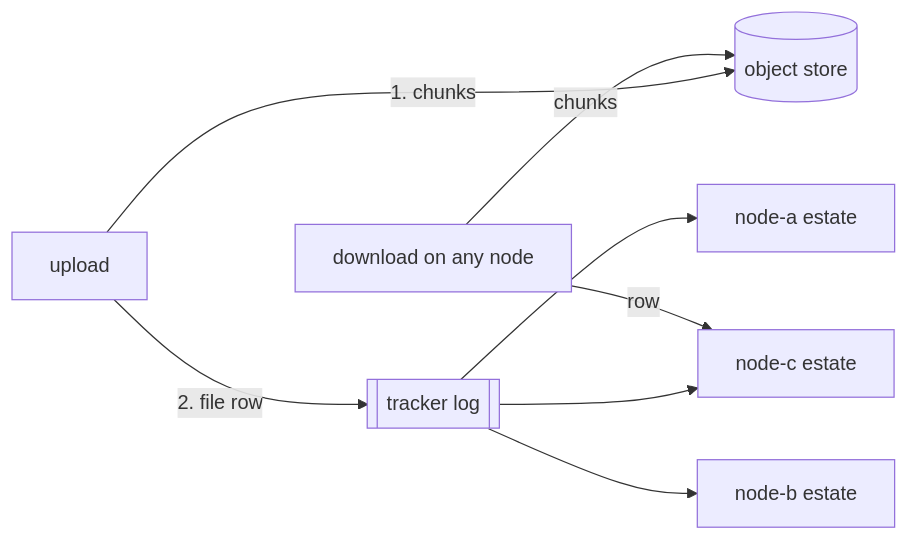
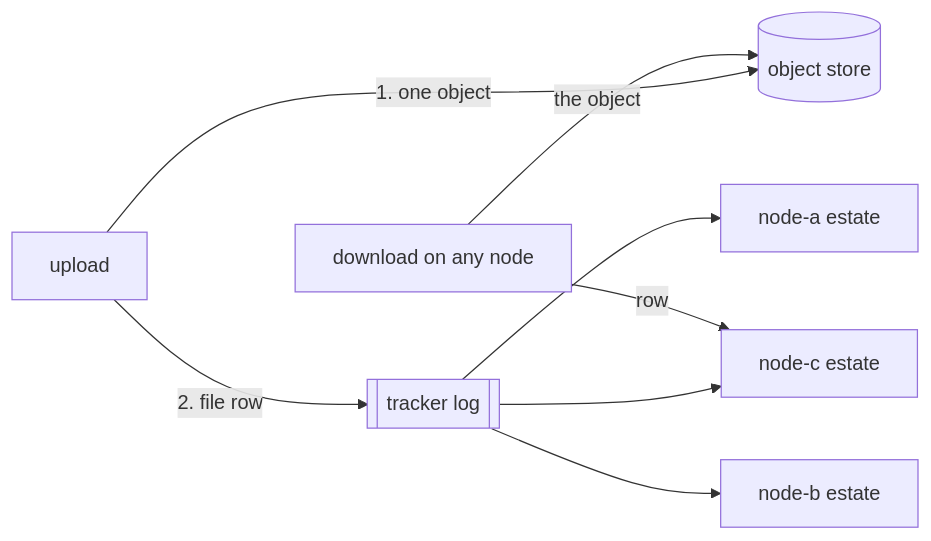
One commit to crewlet/crewlet changed the diagram in docs/concepts/object-store.md. Above: the diagram before and after it, drawn with Mermaid. The commit also changed other lines of this file and 22 other files, not shown here.

````diff
--- a/docs/concepts/object-store.md
+++ b/docs/concepts/object-store.md
@@ -23,10 +24,10 @@
 ```mermaid
 flowchart LR
-    W[upload] -->|1. chunks| S[(object store)]
+    W[upload] -->|1. one object| S[(object store)]
     W -->|2. file row| L[[tracker log]]
     L --> A[node-a estate]
     L --> B[node-b estate]
     L --> C[node-c estate]
     R[download on any node] -->|row| C
-    R -->|chunks| S
+    R -->|the object| S
 ```
````
